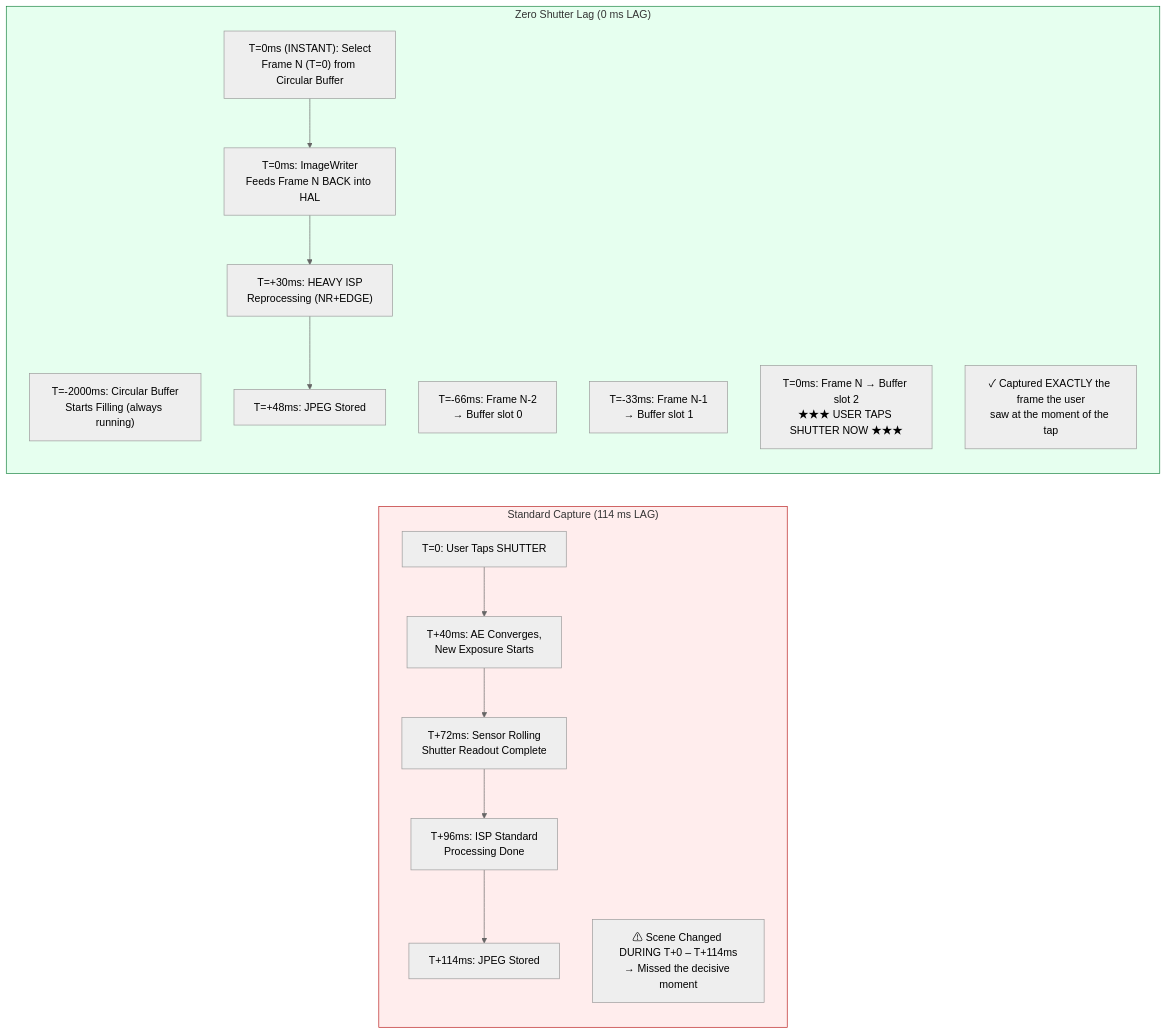
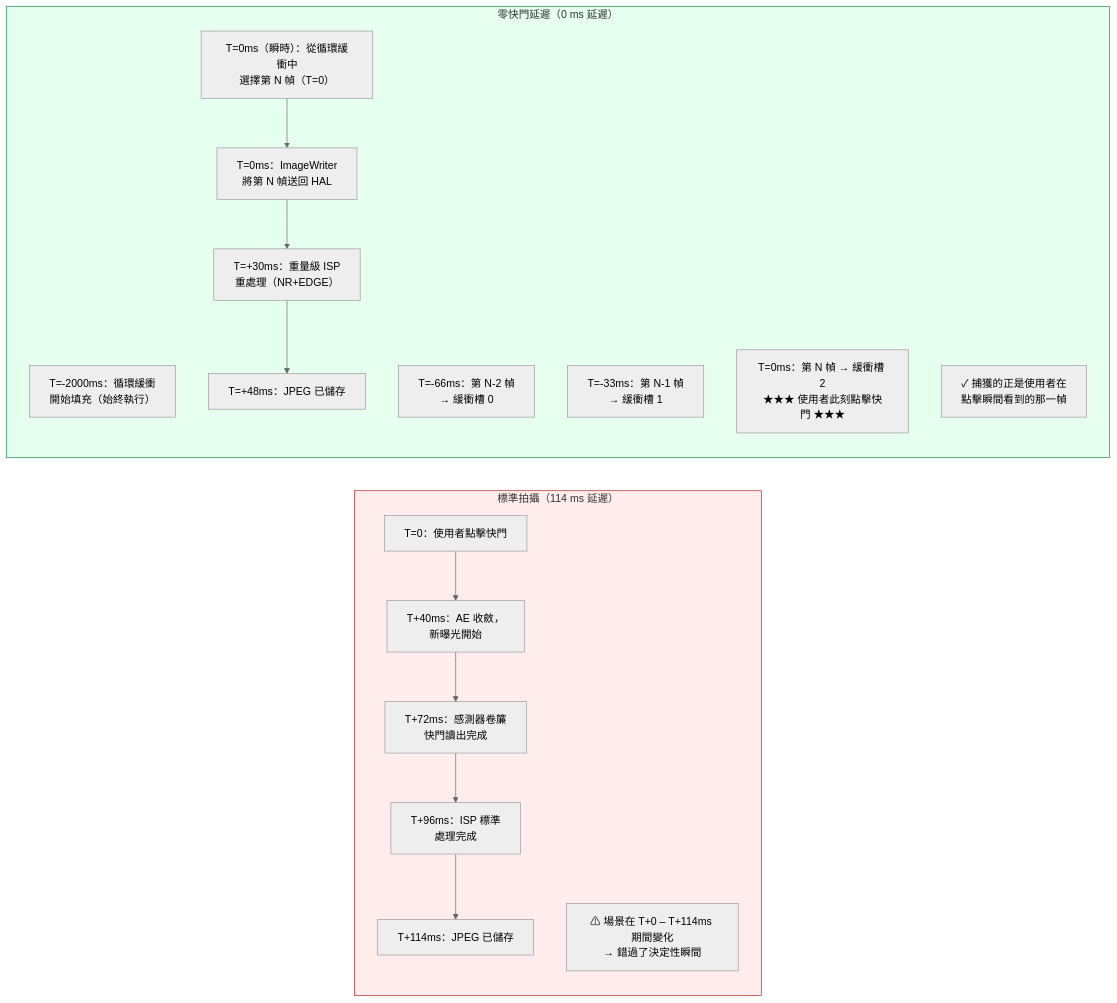
The first of 2 diagrams in website/i18n/zh-Hant/docusaurus-plugin-content-docs/current/camera2/zero-shutter-lag-and-reprocessing.md (zoozooll/AndroidCameraParameters), drawn with Mermaid (neutral theme) before and after one commit. The commit also changed other lines of this file and 378 other files, not shown here.

````diff
--- a/website/i18n/zh-Hant/docusaurus-plugin-content-docs/current/camera2/zero-shutter-lag-and-reprocessing.md
+++ b/website/i18n/zh-Hant/docusaurus-plugin-content-docs/current/camera2/zero-shutter-lag-and-reprocessing.md
@@ -32,27 +32,27 @@
 ```mermaid
 flowchart LR
-    subgraph STANDARD["Standard Capture (114 ms LAG)"]
+    subgraph STANDARD["標準拍攝（114 ms 延遲）"]
         direction TB
-        T1["T=0: User Taps SHUTTER"] --> T2["T+40ms: AE Converges,\nNew Exposure Starts"]
-        T2 --> T3["T+72ms: Sensor Rolling\nShutter Readout Complete"]
-        T3 --> T4["T+96ms: ISP Standard\nProcessing Done"]
-        T4 --> T5["T+114ms: JPEG Stored"]
-        LOST["⚠ Scene Changed DURING T+0 – T+114ms\n→ Missed the decisive moment"]
+        T1["T=0：使用者點擊快門"] --> T2["T+40ms：AE 收斂，<br/>新曝光開始"]
+        T2 --> T3["T+72ms：感測器卷簾<br/>快門讀出完成"]
+        T3 --> T4["T+96ms：ISP 標準<br/>處理完成"]
+        T4 --> T5["T+114ms：JPEG 已儲存"]
+        LOST["⚠ 場景在 T+0 – T+114ms 期間變化<br/>→ 錯過了決定性瞬間"]
     end
 
-    subgraph ZSLFLOW["Zero Shutter Lag (0 ms LAG)"]
+    subgraph ZSLFLOW["零快門延遲（0 ms 延遲）"]
         direction TB
-        C0["T=-2000ms: Circular Buffer\nStarts Filling (always running)"]
-        C1["T=-66ms: Frame N-2\n→ Buffer slot 0"]
-        C2["T=-33ms: Frame N-1\n→ Buffer slot 1"]
-        C3["T=0ms: Frame N → Buffer slot 2\n★★★ USER TAPS SHUTTER NOW ★★★"]
-        C4["T=0ms (INSTANT): Select\nFrame N (T=0) from Circular Buffer"]
-        C4 --> C5["T=0ms: ImageWriter\nFeeds Frame N BACK into HAL"]
-        C5 --> C6["T=+30ms: HEAVY ISP\nReprocessing (NR+EDGE)"]
-        C6 --> C7["T=+48ms: JPEG Stored"]
-        PERFECT["✓ Captured EXACTLY the frame the user\nsaw at the moment of the tap"]
+        C0["T=-2000ms：循環緩衝<br/>開始填充（始終執行）"]
+        C1["T=-66ms：第 N-2 幀<br/>→ 緩衝槽 0"]
+        C2["T=-33ms：第 N-1 幀<br/>→ 緩衝槽 1"]
+        C3["T=0ms：第 N 幀 → 緩衝槽 2<br/>★★★ 使用者此刻點擊快門 ★★★"]
+        C4["T=0ms（瞬時）：從循環緩衝中<br/>選擇第 N 幀（T=0）"]
+        C4 --> C5["T=0ms：ImageWriter<br/>將第 N 幀送回 HAL"]
+        C5 --> C6["T=+30ms：重量級 ISP<br/>重處理（NR+EDGE）"]
+        C6 --> C7["T=+48ms：JPEG 已儲存"]
+        PERFECT["✓ 捕獲的正是使用者在<br/>點擊瞬間看到的那一幀"]
     end
 
     style STANDARD fill:#ffeded,stroke:#b91c1c
     style ZSLFLOW fill:#e6ffef,stroke:#15803d
 ```
````
